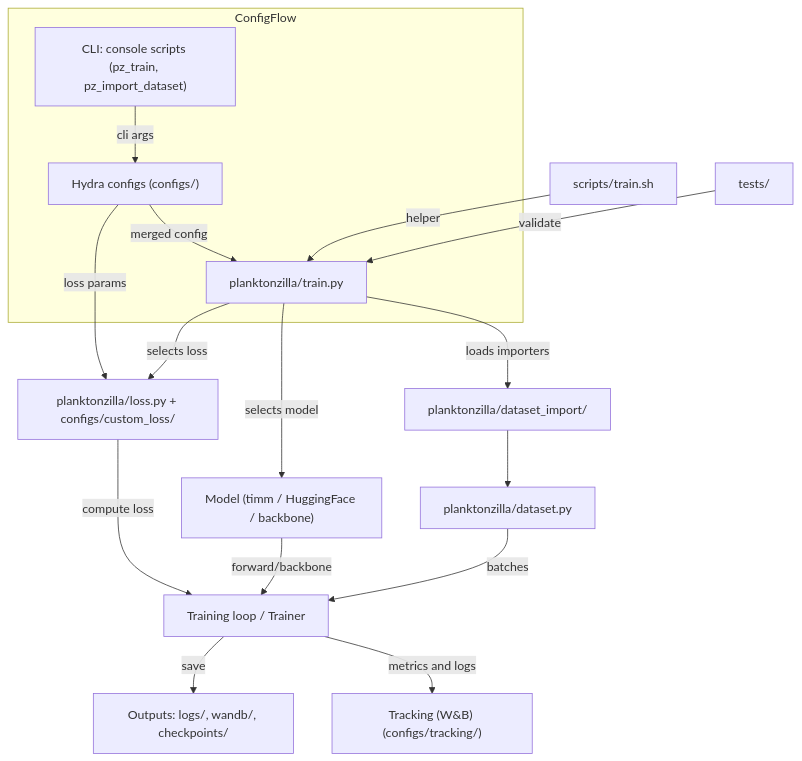
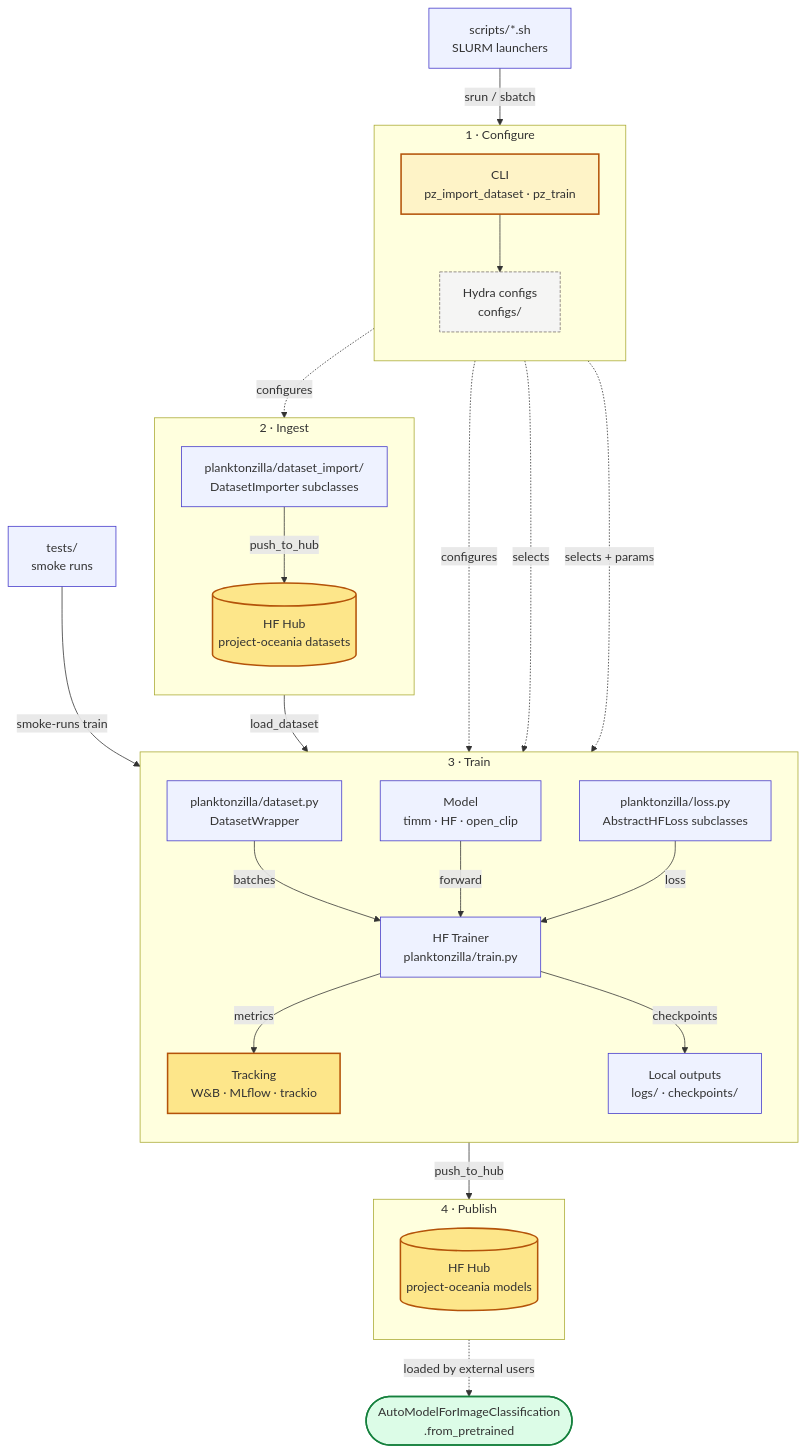
Before and after one commit to Inria-Chile/planktonzilla: the diagram in README.md, drawn with Mermaid. The commit also changed other lines of this file and 19 other files, not shown here.

````diff
--- a/README.md
+++ b/README.md
@@ -140,33 +177,61 @@
 ```mermaid
-flowchart TD
-  CLI["CLI: console scripts (pz_train, pz_import_dataset)"]
-  CFG["Hydra configs (configs/)"]
-  ENTRY["planktonzilla/train.py"]
-  DATA_IMPORT["planktonzilla/dataset_import/"]
-  DATA["planktonzilla/dataset.py"]
-  MODEL["Model (timm / HuggingFace / backbone)"]
-  LOSS["planktonzilla/loss.py + configs/custom_loss/"]
-  TRAIN_LOOP["Training loop / Trainer"]
-  TRACK["Tracking (W&amp;B) (configs/tracking/)"]
-  OUTPUTS["Outputs: logs/, wandb/, checkpoints/"]
-  SCRIPTS["scripts/train.sh"]
-  TESTS["tests/"]
-
-  subgraph ConfigFlow
-    CLI -->|cli args| CFG
-    CFG -->|merged config| ENTRY
+flowchart TB
+  subgraph Configure["1 · Configure"]
+    direction TB
+    CLI["CLI<br/>pz_import_dataset · pz_train"]:::entry
+    CFG["Hydra configs<br/>configs/"]:::cfg
   end
 
-  ENTRY -->|loads importers| DATA_IMPORT
-  DATA_IMPORT --> DATA
-  ENTRY -->|selects model| MODEL
-  ENTRY -->|selects loss| LOSS
-  CFG -->|loss params| LOSS
+  subgraph Ingest["2 · Ingest"]
+    direction TB
+    DATA_IMPORT["planktonzilla/dataset_import/<br/>DatasetImporter subclasses"]:::code
+    HF_DATA[("HF Hub<br/>project-oceania datasets")]:::ext
+  end
+
+  subgraph Train["3 · Train"]
+    direction TB
+    DATA["planktonzilla/dataset.py<br/>DatasetWrapper"]:::code
+    MODEL["Model<br/>timm · HF · open_clip"]:::code
+    LOSS["planktonzilla/loss.py<br/>AbstractHFLoss subclasses"]:::code
+    TRAIN_LOOP["HF Trainer<br/>planktonzilla/train.py"]:::code
+    TRACK["Tracking<br/>W&B · MLflow · trackio"]:::ext
+    OUTPUTS["Local outputs<br/>logs/ · checkpoints/"]:::code
+  end
+
+  subgraph Publish["4 · Publish"]
+    direction TB
+    HF_MODEL[("HF Hub<br/>project-oceania models")]:::ext
+  end
+
+  SCRIPTS["scripts/*.sh<br/>SLURM launchers"]:::code
+  TESTS["tests/<br/>smoke runs"]:::code
+  CONSUMER(["AutoModelForImageClassification<br/>.from_pretrained"]):::consumer
+
+  CLI --> CFG
+  CFG -.->|configures| DATA_IMPORT
+  CFG -.->|configures| TRAIN_LOOP
+  CFG -.->|selects| MODEL
+  CFG -.->|selects + params| LOSS
+
+  DATA_IMPORT -->|push_to_hub| HF_DATA
+  HF_DATA -->|load_dataset| DATA
+
   DATA -->|batches| TRAIN_LOOP
-  MODEL -->|forward/backbone| TRAIN_LOOP
-  LOSS -->|compute loss| TRAIN_LOOP
-  TRAIN_LOOP -->|metrics and logs| TRACK
-  TRAIN_LOOP -->|save| OUTPUTS
-  SCRIPTS -->|helper| ENTRY
-  TESTS -->|validate| ENTRY
+  MODEL -->|forward| TRAIN_LOOP
+  LOSS -->|loss| TRAIN_LOOP
+
+  TRAIN_LOOP -->|metrics| TRACK
+  TRAIN_LOOP -->|checkpoints| OUTPUTS
+  OUTPUTS -->|push_to_hub| HF_MODEL
+
+  SCRIPTS -->|srun / sbatch| CLI
+  TESTS -->|smoke-runs train| TRAIN_LOOP
+
+  HF_MODEL -.->|loaded by external users| CONSUMER
+
+  classDef entry fill:#fef3c7,stroke:#b45309,stroke-width:2px
+  classDef code fill:#eef2ff,stroke:#4338ca,stroke-width:1px
+  classDef cfg fill:#f5f5f4,stroke:#78716c,stroke-width:1px,stroke-dasharray: 4 2
+  classDef ext fill:#fde68a,stroke:#b45309,stroke-width:2px
+  classDef consumer fill:#dcfce7,stroke:#15803d,stroke-width:2px
 ```
````
